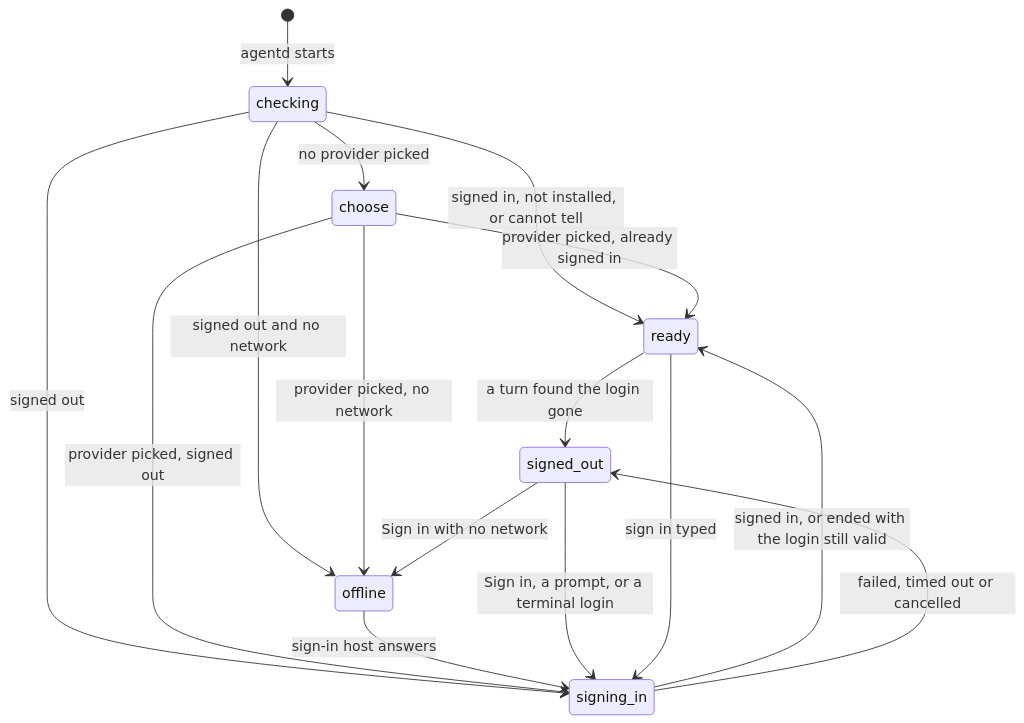
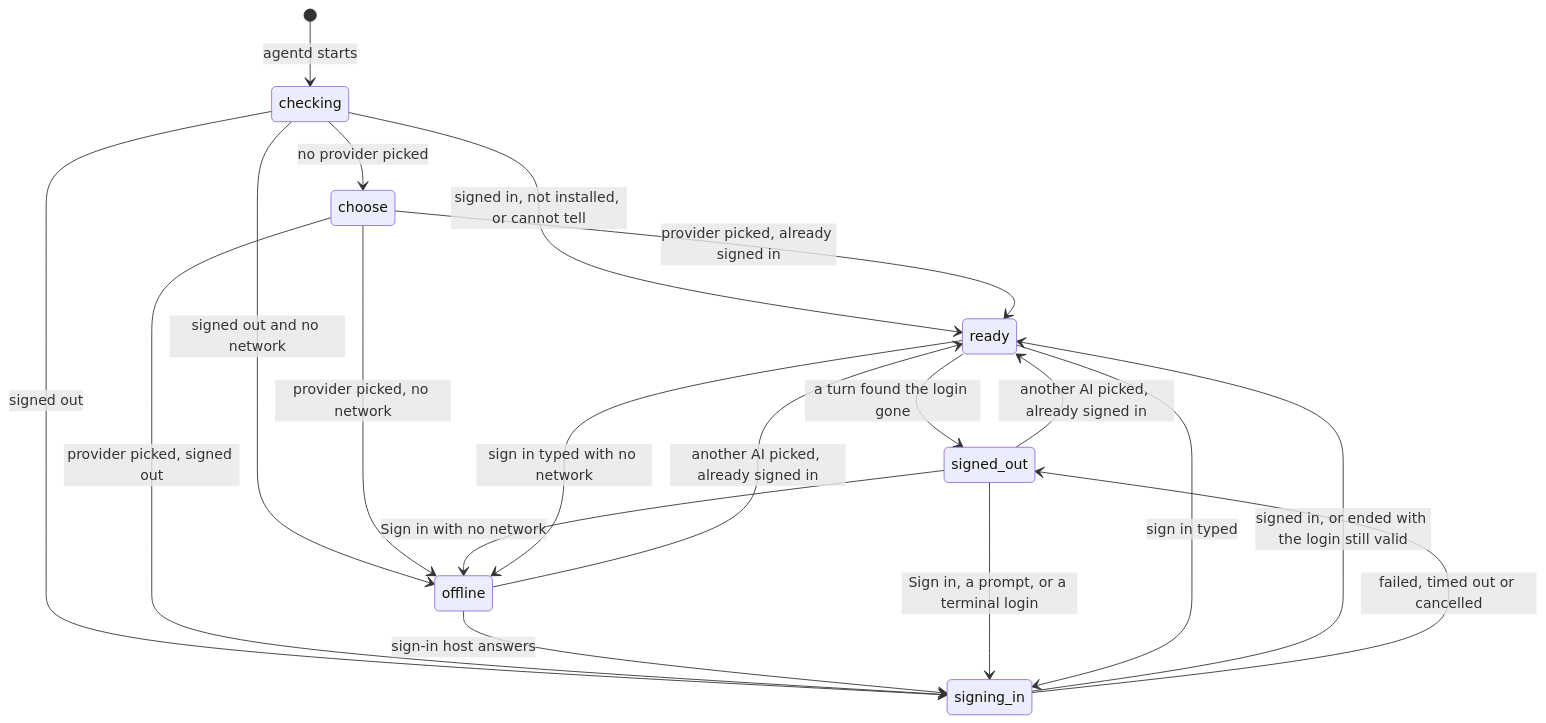
Before and after one commit to thedefaultman/Bombadil: the second of 3 diagrams in docs/architecture/browser-and-signin.md, drawn with Mermaid. The commit also changed other lines of this file and 26 other files, not shown here.

First line of the commit message:
docs: work in progress on architecture pages, decision log, reference, security model, UX flows, forking guide

````diff
--- a/docs/architecture/browser-and-signin.md
+++ b/docs/architecture/browser-and-signin.md
@@ -79,18 +78,21 @@
 ```mermaid
 stateDiagram-v2
     [*] --> checking: agentd starts
     checking --> choose: no provider picked
     checking --> ready: signed in, not installed, or cannot tell
     checking --> signing_in: signed out
     checking --> offline: signed out and no network
     choose --> ready: provider picked, already signed in
     choose --> signing_in: provider picked, signed out
     choose --> offline: provider picked, no network
     offline --> signing_in: sign-in host answers
     signing_in --> ready: signed in, or ended with the login still valid
     signing_in --> signed_out: failed, timed out or cancelled
     signed_out --> signing_in: Sign in, a prompt, or a terminal login
     signed_out --> offline: Sign in with no network
+    signed_out --> ready: another AI picked, already signed in
+    offline --> ready: another AI picked, already signed in
     ready --> signed_out: a turn found the login gone
     ready --> signing_in: sign in typed
+    ready --> offline: sign in typed with no network
 ```
````
